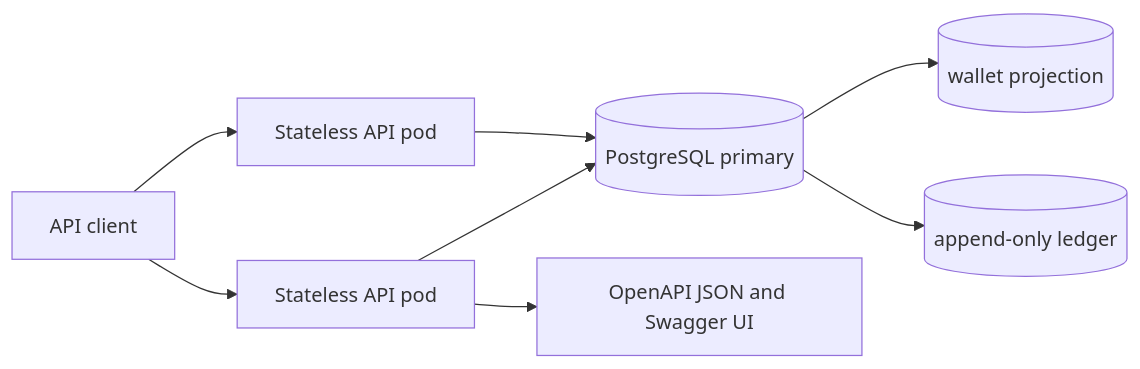
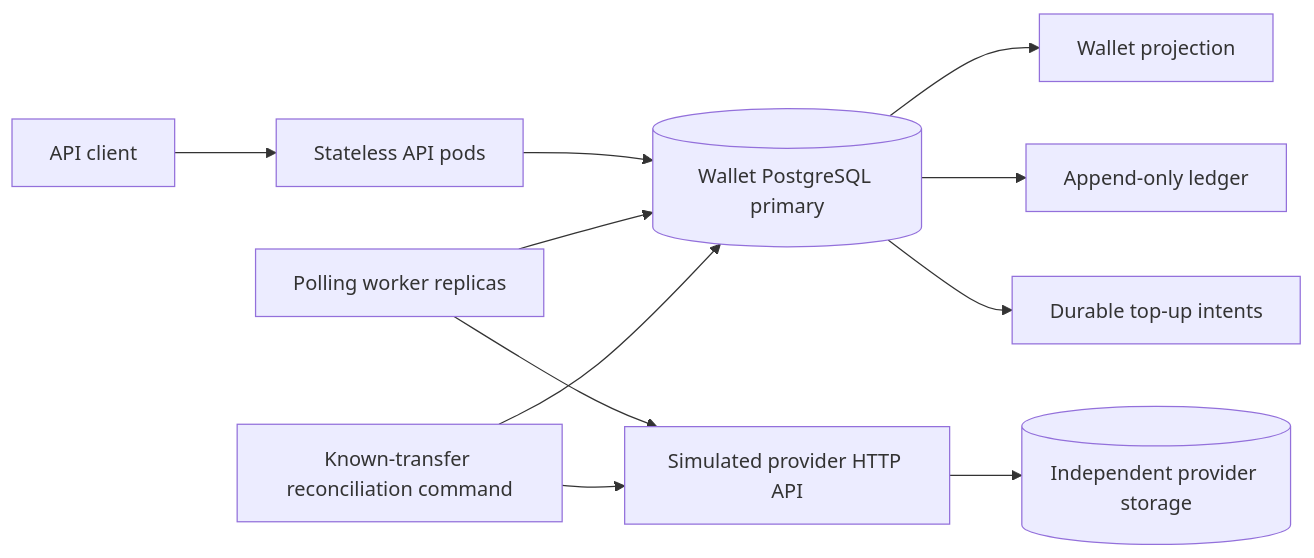
The first of 3 diagrams in docs/technical-spec.md (aghaghiamh/wallet), drawn with Mermaid before and after one commit. The commit also changed other lines of this file, not shown here.

Commit message:
docs: specify provider-backed top-ups and reconciliation

````diff
--- a/docs/technical-spec.md
+++ b/docs/technical-spec.md
@@ -33,10 +40,13 @@
 ```mermaid
 flowchart LR
-    C[API client] --> P1[Stateless API pod]
-    C --> P2[Stateless API pod]
-    P1 --> DB[(PostgreSQL primary)]
-    P2 --> DB
-    DB --> W[(wallet projection)]
-    DB --> L[(append-only ledger)]
-    P1 --> O[OpenAPI JSON and Swagger UI]
+    C[API client] --> API[Stateless API pods]
+    API --> DB[(Wallet PostgreSQL primary)]
+    DB --> W[Wallet projection]
+    DB --> L[Append-only ledger]
+    DB --> T[Durable top-up intents]
+    WORKER[Polling worker replicas] --> DB
+    WORKER --> PROVIDER[Simulated provider HTTP API]
+    PROVIDER --> PDB[(Independent provider storage)]
+    AUDIT[Known-transfer reconciliation command] --> DB
+    AUDIT --> PROVIDER
 ```
````
